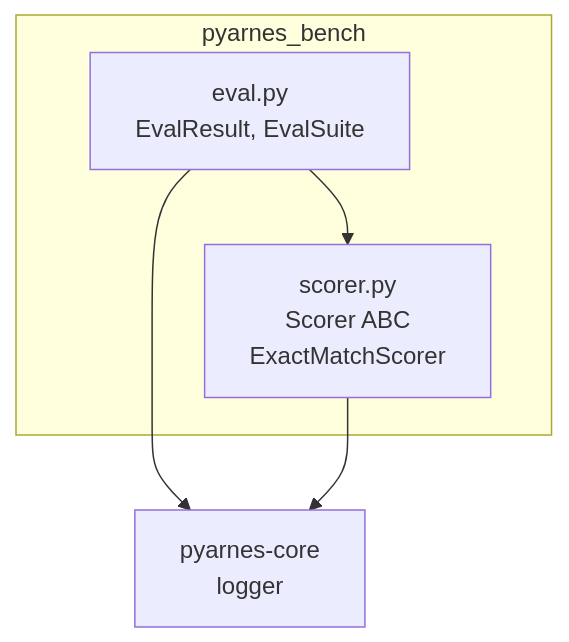
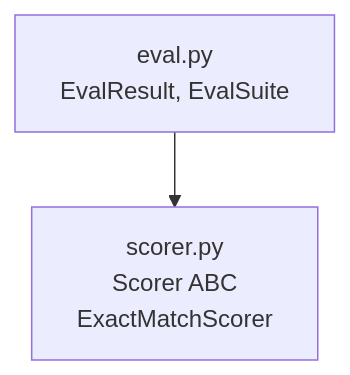
The first of 3 diagrams in docs/maintainer/packages/bench.md (Cognitivemesh/pyarnes), drawn with Mermaid before and after one commit. The commit also changed other lines of this file and 7 other files, not shown here.

````diff
--- a/docs/maintainer/packages/bench.md
+++ b/docs/maintainer/packages/bench.md
@@ -13,12 +15,7 @@
 ```mermaid
 graph TB
-    subgraph pyarnes_bench
-        Eval[eval.py<br/>EvalResult, EvalSuite]
-        Scorer[scorer.py<br/>Scorer ABC<br/>ExactMatchScorer]
-    end
+    Eval[eval.py<br/>EvalResult, EvalSuite]
+    Scorer[scorer.py<br/>Scorer ABC<br/>ExactMatchScorer]
 
-    Core[pyarnes-core<br/>logger]
     Eval --> Scorer
-    Eval --> Core
-    Scorer --> Core
 ```
````
